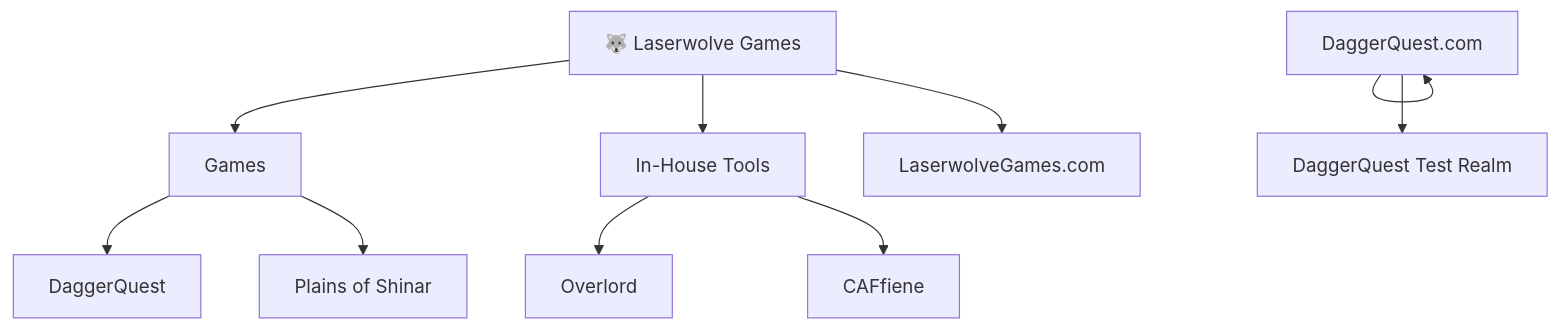
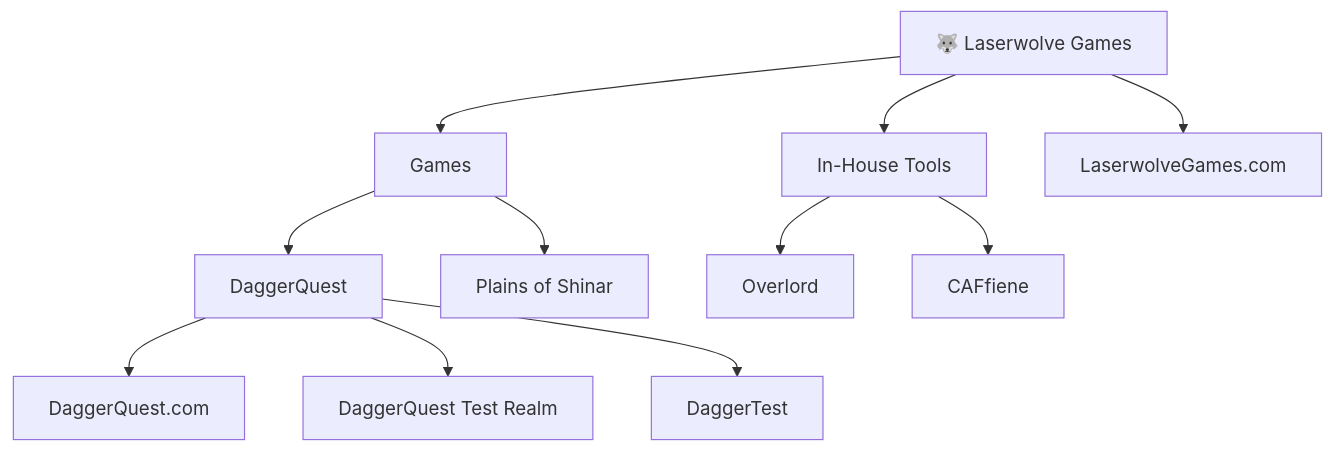
One commit to Laserwolve-Games/.github changed the diagram in profile/README.md. Above: the diagram before and after it, drawn with Mermaid.

````diff
--- a/profile/README.md
+++ b/profile/README.md
@@ -59,12 +59,13 @@
 ```mermaid
 graph TD
     A[🐺 Laserwolve Games] --> B[Games]
     A --> C[In-House Tools]
-    B --> D[DaggerQuest]
-    E --> E[DaggerQuest.com]
-    E --> F[DaggerQuest Test Realm]
-    B --> G[Plains of Shinar]
-    C --> H[Overlord]
-    C --> I[CAFfiene]
-    A --> J[LaserwolveGames.com]
+    B --> H[DaggerQuest]
+    H --> F[DaggerQuest.com]
+    H --> G[DaggerQuest Test Realm]
+    B --> E[Plains of Shinar]
+    C --> I[Overlord]
+    C --> J[CAFfiene]
+    H --> K[DaggerTest]
+    A --> L[LaserwolveGames.com]
 ```
````
